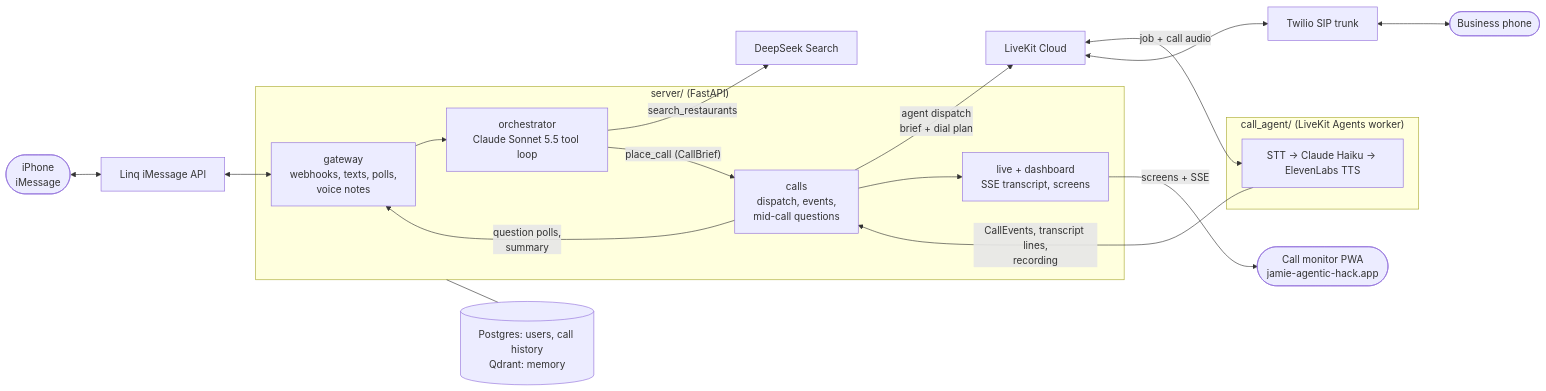
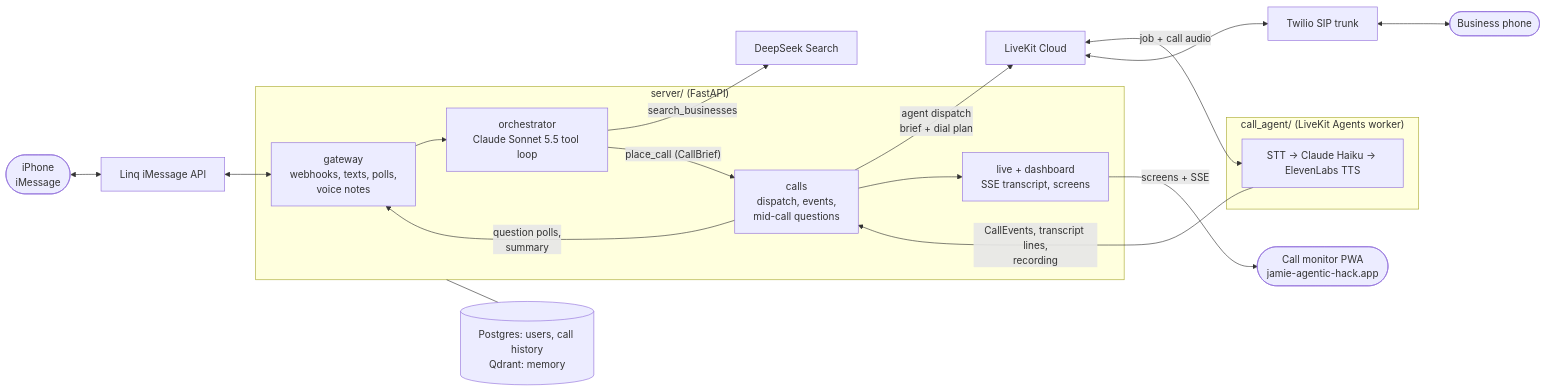
The diagram in README.md (amintalebi/jamie-agentic-ai-hack), drawn with Mermaid before and after one commit. The commit also changed other lines of this file and 6 other files, not shown here.

First line of the commit message:
Search and docs: Eve calls any business, not just restaurants

````diff
--- a/README.md
+++ b/README.md
@@ -21,36 +21,36 @@
 ```mermaid
 flowchart LR
     user(["iPhone<br/>iMessage"])
     pwa(["Call monitor PWA<br/>jamie-agentic-hack.app"])
     biz(["Business phone"])
 
     subgraph server["server/ (FastAPI)"]
         gateway["gateway<br/>webhooks, texts, polls,<br/>voice notes"]
         orch["orchestrator<br/>Claude Sonnet 5.5 tool loop"]
         calls["calls<br/>dispatch, events,<br/>mid-call questions"]
         live["live + dashboard<br/>SSE transcript, screens"]
     end
 
     subgraph agent["call_agent/ (LiveKit Agents worker)"]
         pipe["STT -> Claude Haiku -> ElevenLabs TTS"]
     end
 
     linq["Linq iMessage API"]
     lk["LiveKit Cloud"]
     sip["Twilio SIP trunk"]
     ds["DeepSeek Search"]
     stores[("Postgres: users, call history<br/>Qdrant: memory")]
 
     user <--> linq <--> gateway
     gateway --> orch
-    orch -- "search_restaurants" --> ds
+    orch -- "search_businesses" --> ds
     orch -- "place_call (CallBrief)" --> calls
     calls -- "agent dispatch<br/>brief + dial plan" --> lk
     lk <-- "job + call audio" --> pipe
     lk <--> sip <--> biz
     pipe -- "CallEvents, transcript lines,<br/>recording" --> calls
     calls -- "question polls,<br/>summary" --> gateway
     calls --> live
     live -- "screens + SSE" --> pwa
     server --- stores
 ```
````
